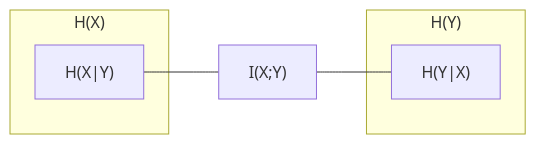
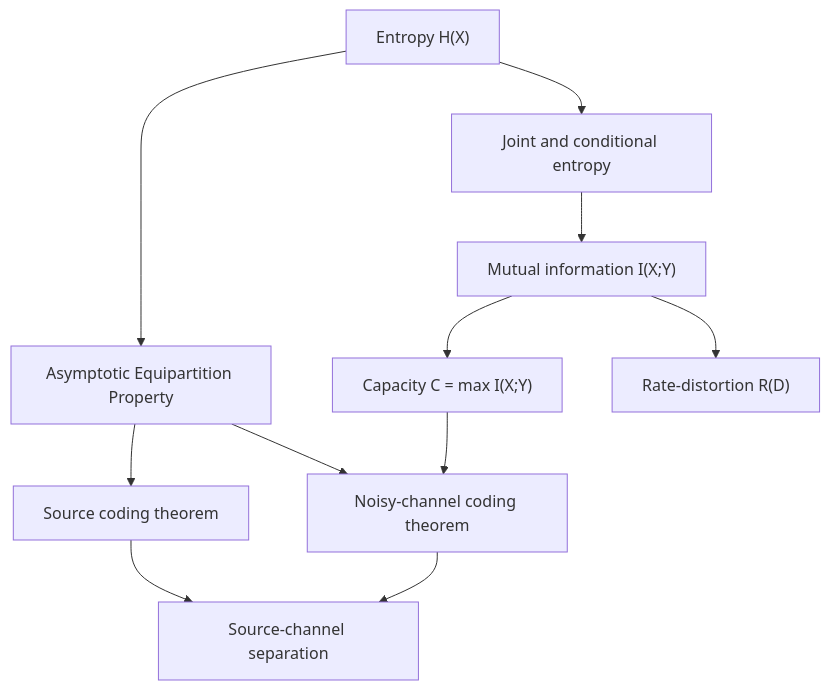
The second of 4 diagrams in github-pages/docs/advanced/information-coding-theory.md (AndrewAltimit/Documentation), drawn with Mermaid before and after one commit. The commit also changed other lines of this file and 240 other files, not shown here.

````diff
--- a/github-pages/docs/advanced/information-coding-theory.md
+++ b/github-pages/docs/advanced/information-coding-theory.md
@@ -122,11 +45,13 @@
 ```mermaid
-flowchart LR
-    subgraph HX["H(X)"]
-      A["H(X|Y)"]
-    end
-    subgraph HY["H(Y)"]
-      C["H(Y|X)"]
-    end
-    A --- B["I(X;Y)"]
-    B --- C
+flowchart TD
+    H["Entropy H(X)"] --> JC["Joint and conditional entropy"]
+    JC --> MI["Mutual information I(X;Y)"]
+    H --> AEP["Asymptotic Equipartition Property"]
+    AEP --> SCT["Source coding theorem"]
+    MI --> CC["Capacity C = max I(X;Y)"]
+    AEP --> NCT["Noisy-channel coding theorem"]
+    CC --> NCT
+    MI --> RD["Rate-distortion R(D)"]
+    SCT --> SEP["Source-channel separation"]
+    NCT --> SEP
 ```
````
